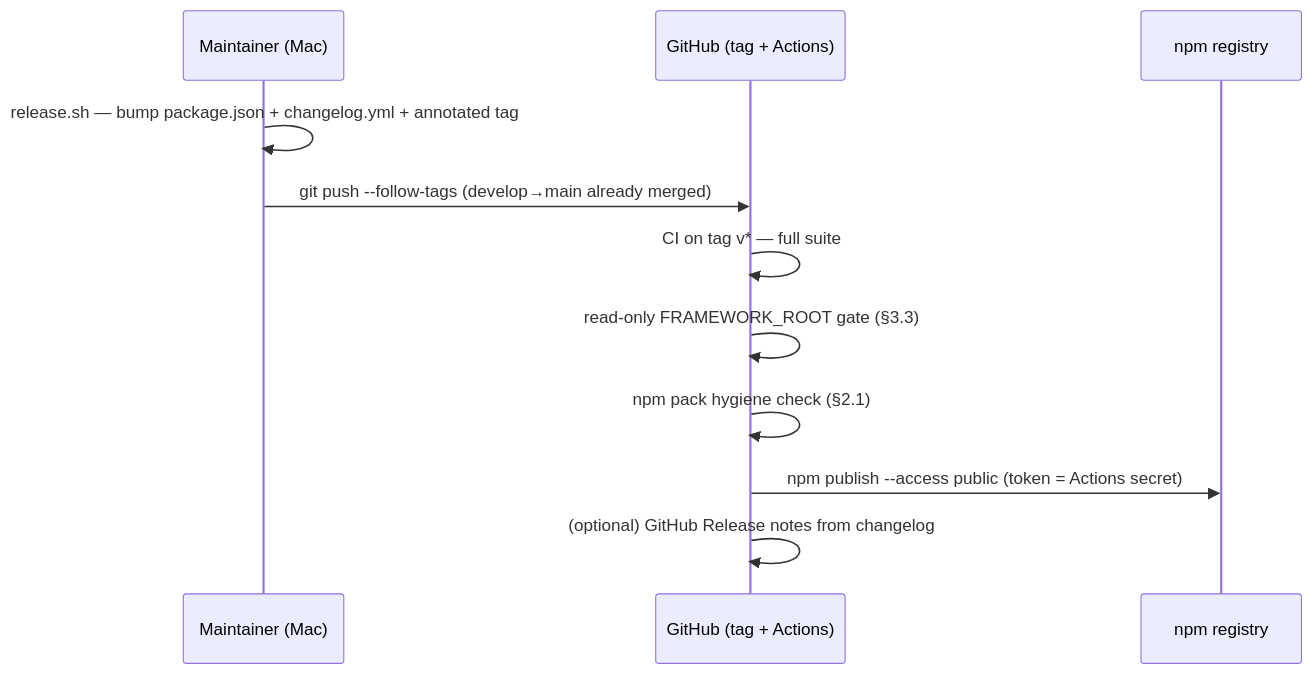
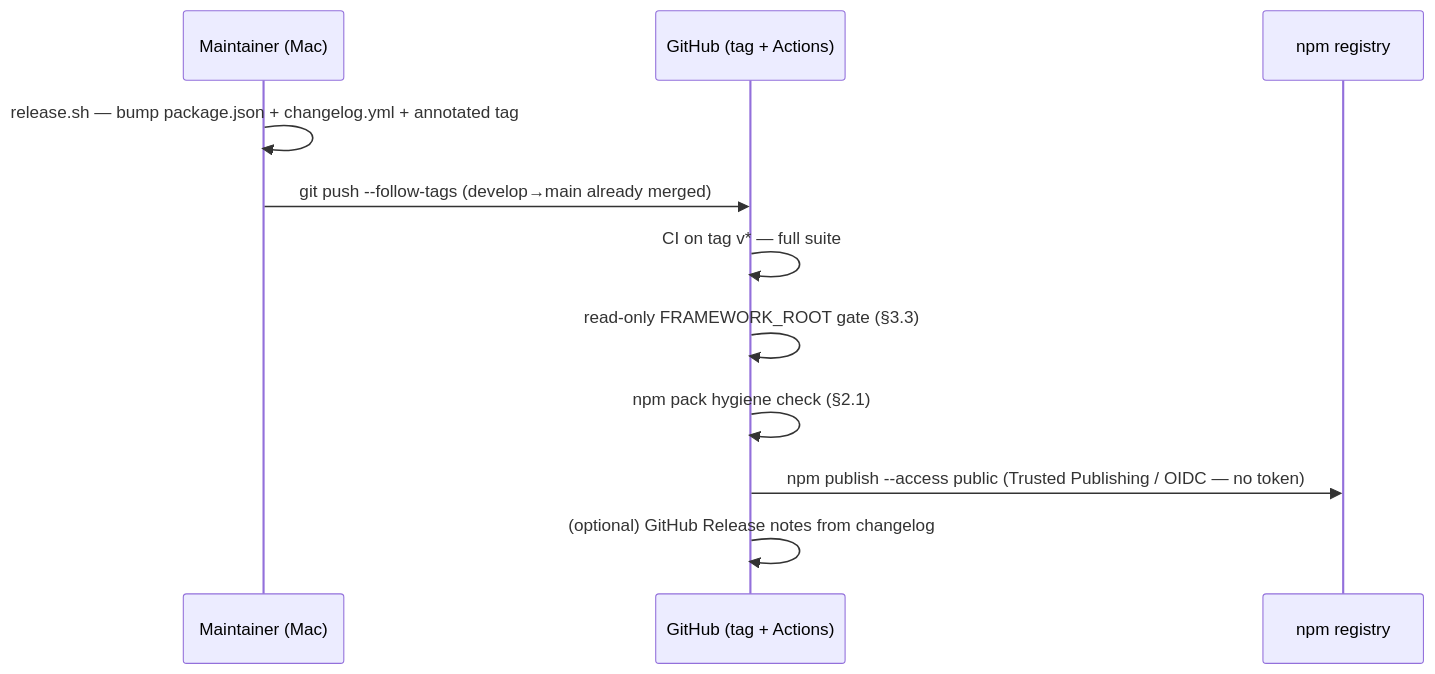
Before and after one commit to alergyonthestage/claude-orchestrator: the third of 3 diagrams in docs/maintainers/engineering/design/packaging-distribution.md, drawn with Mermaid. The commit also changed other lines of this file and 3 other files, not shown here.

First line of the commit message:
ci(packaging): switch npm publish to Trusted Publishing (OIDC), drop NPM_TOKEN

````diff
--- a/docs/maintainers/engineering/design/packaging-distribution.md
+++ b/docs/maintainers/engineering/design/packaging-distribution.md
@@ -158,13 +158,13 @@
 ```mermaid
 sequenceDiagram
   participant M as Maintainer (Mac)
   participant G as GitHub (tag + Actions)
   participant N as npm registry
   M->>M: release.sh — bump package.json + changelog.yml + annotated tag
   M->>G: git push --follow-tags  (develop→main already merged)
   G->>G: CI on tag v* — full suite
   G->>G: read-only FRAMEWORK_ROOT gate (§3.3)
   G->>G: npm pack hygiene check (§2.1)
-  G->>N: npm publish --access public  (token = Actions secret)
+  G->>N: npm publish --access public  (Trusted Publishing / OIDC — no token)
   G->>G: (optional) GitHub Release notes from changelog
 ```
````
